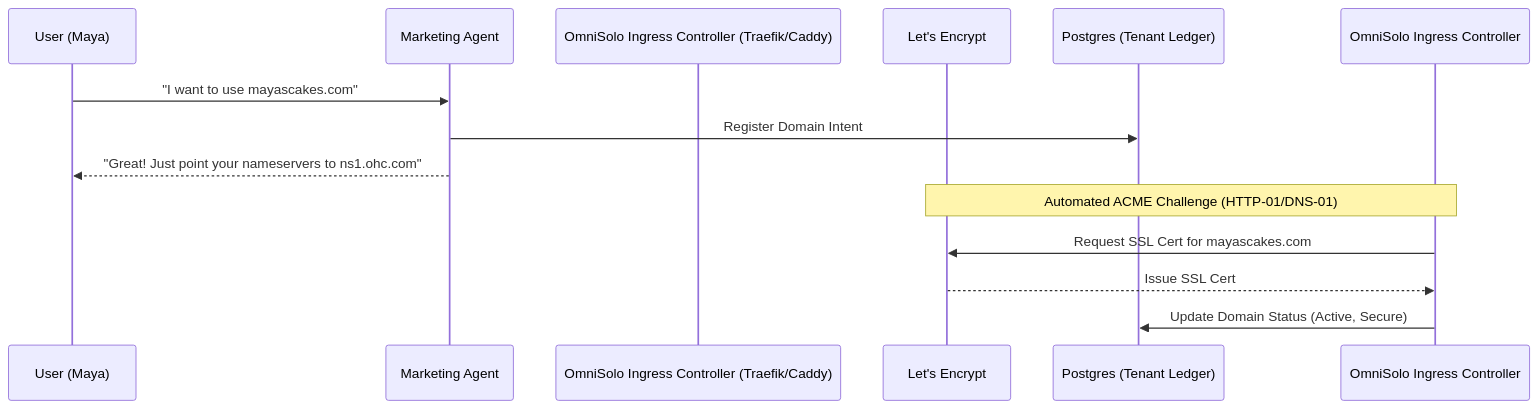
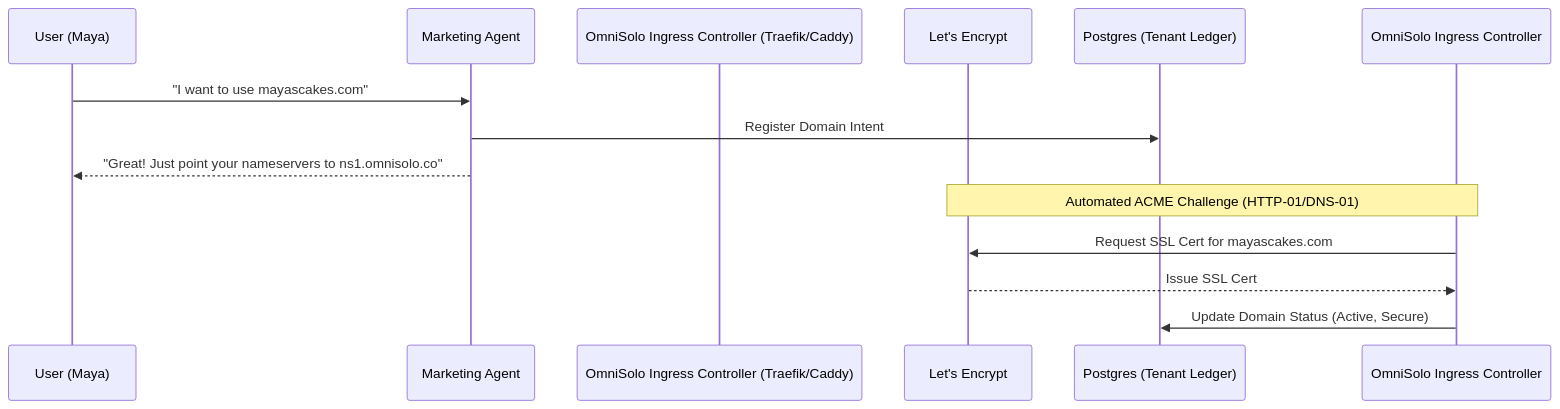
One commit to omnisolo-llc/onehumancorp changed the diagram in docs/research/[architecture]_zero_config_multi_tenant_unified_domain_and_ssl_management_engine.md. Above: the diagram before and after it, drawn with Mermaid. The commit also changed 388 other files, not shown here.

````diff
--- a/docs/research/[architecture]_zero_config_multi_tenant_unified_domain_and_ssl_management_engine.md
+++ b/docs/research/[architecture]_zero_config_multi_tenant_unified_domain_and_ssl_management_engine.md
@@ -16,16 +16,16 @@
 ```mermaid
 sequenceDiagram
     participant User (Maya)
     participant Marketing Agent
     participant OmniSolo Ingress Controller (Traefik/Caddy)
     participant Let's Encrypt
     participant Postgres (Tenant Ledger)
 
     User (Maya)->>Marketing Agent: "I want to use mayascakes.com"
     Marketing Agent->>Postgres (Tenant Ledger): Register Domain Intent
-    Marketing Agent-->>User (Maya): "Great! Just point your nameservers to ns1.ohc.com"
+    Marketing Agent-->>User (Maya): "Great! Just point your nameservers to ns1.omnisolo.co"
     Note over OmniSolo Ingress Controller, Let's Encrypt: Automated ACME Challenge (HTTP-01/DNS-01)
     OmniSolo Ingress Controller->>Let's Encrypt: Request SSL Cert for mayascakes.com
     Let's Encrypt-->>OmniSolo Ingress Controller: Issue SSL Cert
     OmniSolo Ingress Controller->>Postgres (Tenant Ledger): Update Domain Status (Active, Secure)
 ```
````
